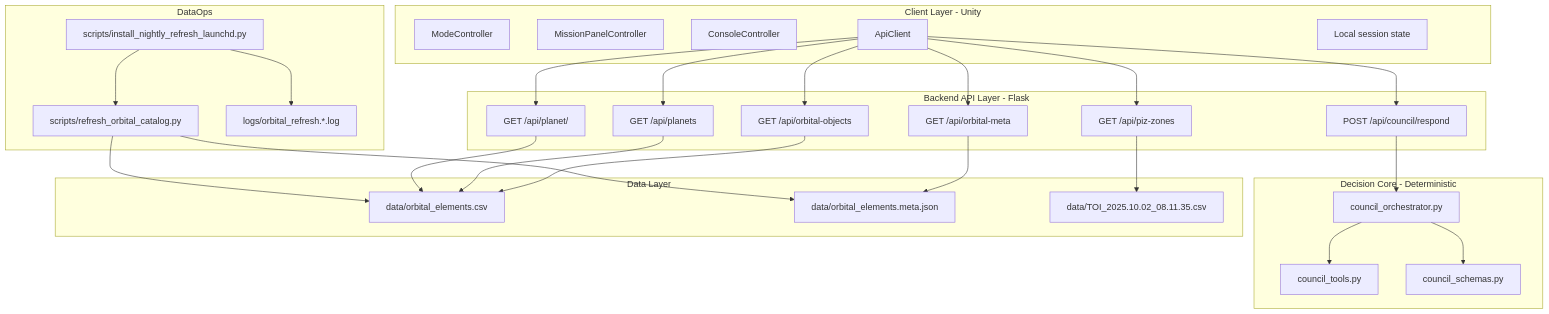
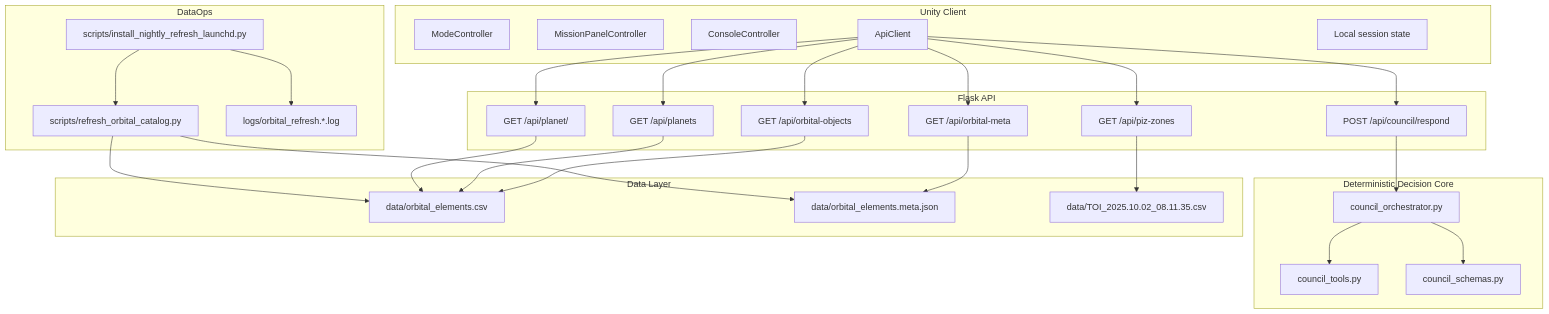
Before and after one commit to Procoderdata/hackathonvodich: the first of 2 diagrams in triet.md/filemoi.md, drawn with Mermaid. The commit also changed other lines of this file and 1 other file, not shown here.

Commit message:
docs: rewrite architecture and system pipeline specs

````diff
--- a/triet.md/filemoi.md
+++ b/triet.md/filemoi.md
@@ -9,59 +7,59 @@
 ```mermaid
 flowchart TB
-    subgraph CLIENT[Client Layer - Unity]
-      U1[ModeController]
-      U2[MissionPanelController]
-      U3[ConsoleController]
-      U4[ApiClient]
-      U5[Local session state]
+    subgraph CLIENT[Unity Client]
+      MC[ModeController]
+      MP[MissionPanelController]
+      CC[ConsoleController]
+      AC[ApiClient]
+      LS[Local session state]
     end
 
-    subgraph API[Backend API Layer - Flask]
-      A1[POST /api/council/respond]
-      A2[GET /api/orbital-objects]
-      A3[GET /api/orbital-meta]
-      A4[GET /api/planets]
-      A5[GET /api/planet/<planet_id>]
-      A6[GET /api/piz-zones]
+    subgraph API[Flask API]
+      R1[POST /api/council/respond]
+      R2[GET /api/orbital-objects]
+      R3[GET /api/orbital-meta]
+      R4[GET /api/planets]
+      R5[GET /api/planet/<planet_id>]
+      R6[GET /api/piz-zones]
     end
 
-    subgraph CORE[Decision Core - Deterministic]
-      C1[council_orchestrator.py]
-      C2[council_tools.py]
-      C3[council_schemas.py]
+    subgraph CORE[Deterministic Decision Core]
+      O[council_orchestrator.py]
+      T[council_tools.py]
+      S[council_schemas.py]
     end
 
     subgraph DATA[Data Layer]
       D1[data/orbital_elements.csv]
       D2[data/orbital_elements.meta.json]
       D3[data/TOI_2025.10.02_08.11.35.csv]
     end
 
     subgraph OPS[DataOps]
-      E1[scripts/refresh_orbital_catalog.py]
-      E2[scripts/install_nightly_refresh_launchd.py]
-      E3[logs/orbital_refresh.*.log]
+      X1[scripts/refresh_orbital_catalog.py]
+      X2[scripts/install_nightly_refresh_launchd.py]
+      X3[logs/orbital_refresh.*.log]
     end
 
-    U4 --> A1
-    U4 --> A2
-    U4 --> A3
-    U4 --> A4
-    U4 --> A5
-    U4 --> A6
+    AC --> R1
+    AC --> R2
+    AC --> R3
+    AC --> R4
+    AC --> R5
+    AC --> R6
 
-    A1 --> C1
-    C1 --> C2
-    C1 --> C3
+    R1 --> O
+    O --> T
+    O --> S
 
-    A2 --> D1
-    A3 --> D2
-    A4 --> D1
-    A5 --> D1
-    A6 --> D3
+    R2 --> D1
+    R3 --> D2
+    R4 --> D1
+    R5 --> D1
+    R6 --> D3
 
-    E1 --> D1
-    E1 --> D2
-    E2 --> E1
-    E2 --> E3
+    X1 --> D1
+    X1 --> D2
+    X2 --> X1
+    X2 --> X3
 ```
````
